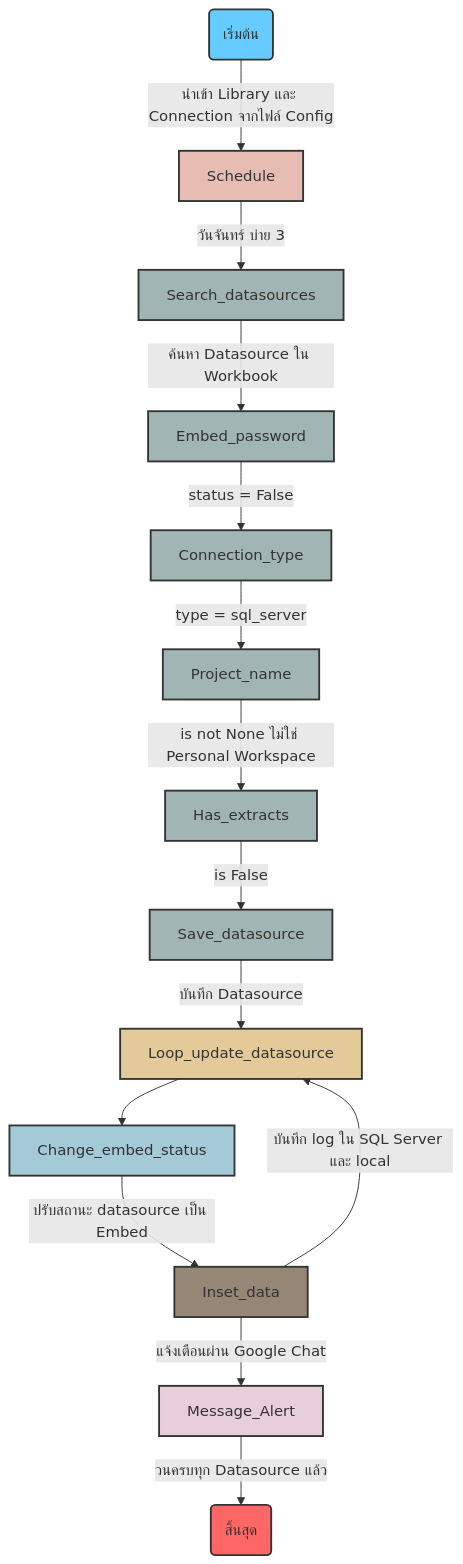
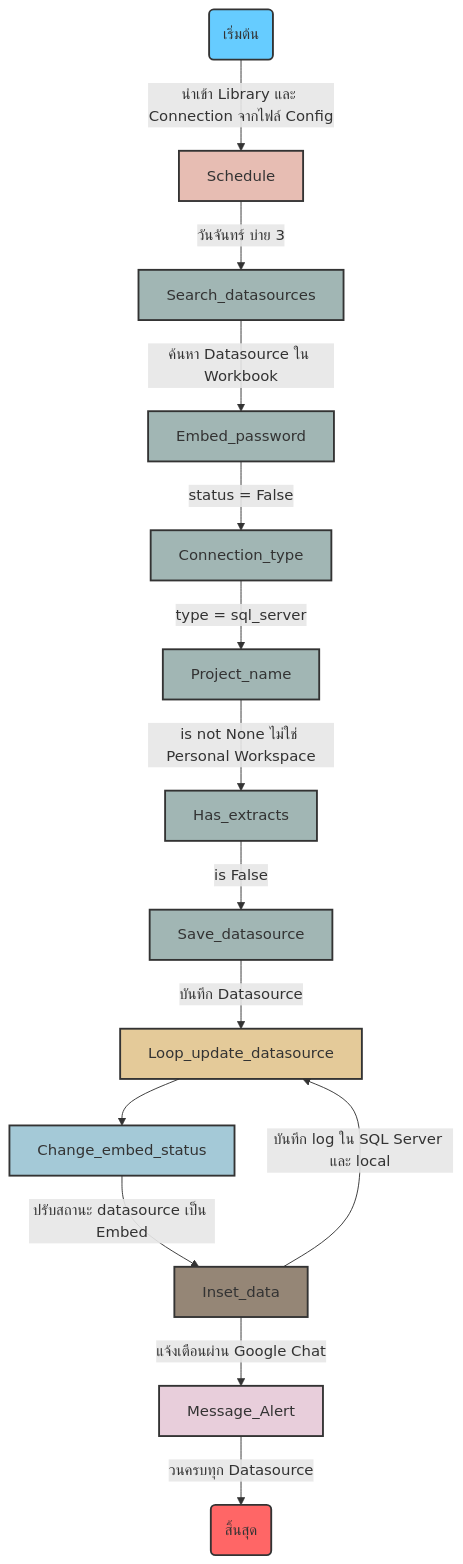
Before and after one commit to Burinboo256/Tableau-Admin-EcoSystem: the diagram in change_embed_status/README.md, drawn with Mermaid.

````diff
--- a/change_embed_status/README.md
+++ b/change_embed_status/README.md
@@ -3,34 +3,34 @@
 ```mermaid
 graph TD;
     Start(เริ่มต้น) -->|นำเข้า Library และ Connection จากไฟล์ Config|Schedule
     
     Schedule --> |วันจันทร์ บ่าย 3| Search_datasources
 
     Search_datasources --> |ค้นหา Datasource ใน Workbook| Embed_password
     Embed_password --> |status = False| Connection_type
     Connection_type --> |type = sql_server| Project_name
     Project_name --> |is not None ไม่ใช่ Personal Workspace|Has_extracts
     Has_extracts --> |is False|Save_datasource
     Save_datasource --> |บันทึก Datasource|Loop_update_datasource
     Loop_update_datasource -->Change_embed_status
     Change_embed_status --> |ปรับสถานะ datasource เป็น Embed|Inset_data
     Inset_data --> |บันทึก log ใน SQL Server และ local| Loop_update_datasource
     Inset_data -->|แจ้งเตือนผ่าน Google Chat| Message_Alert
-    Message_Alert -->|วนครบทุก Datasource แล้ว| End(สิ้นสุด)
+    Message_Alert -->|วนครบทุก Datasource| End(สิ้นสุด)
 
 
     style Start fill:#66ccff,stroke:#333,stroke-width:2px;
     style Schedule fill:#E7BDB3,stroke:#333,stroke-width:2px;
     style Search_datasources fill:#A1B6B4,stroke:#333,stroke-width:2px;
     style Embed_password fill:#A1B6B4,stroke:#333,stroke-width:2px;
     style Connection_type fill:#A1B6B4,stroke:#333,stroke-width:2px;
     style Project_name fill:#A1B6B4,stroke:#333,stroke-width:2px;
     style Has_extracts fill:#A1B6B4,stroke:#333,stroke-width:2px;
     style Save_datasource fill:#A1B6B4,stroke:#333,stroke-width:2px;
     style Message_Alert fill:#E8CEDB,stroke:#333,stroke-width:2px;
     style Loop_update_datasource fill:#E4CA99,stroke:#333,stroke-width:2px;
     style Change_embed_status fill:#A4c9D7,stroke:#333,stroke-width:2px;
     style Inset_data fill:#958676,stroke:#333,stroke-width:2px;
 
     style End fill:#ff6666,stroke:#333,stroke-width:2px;
 ```
````
